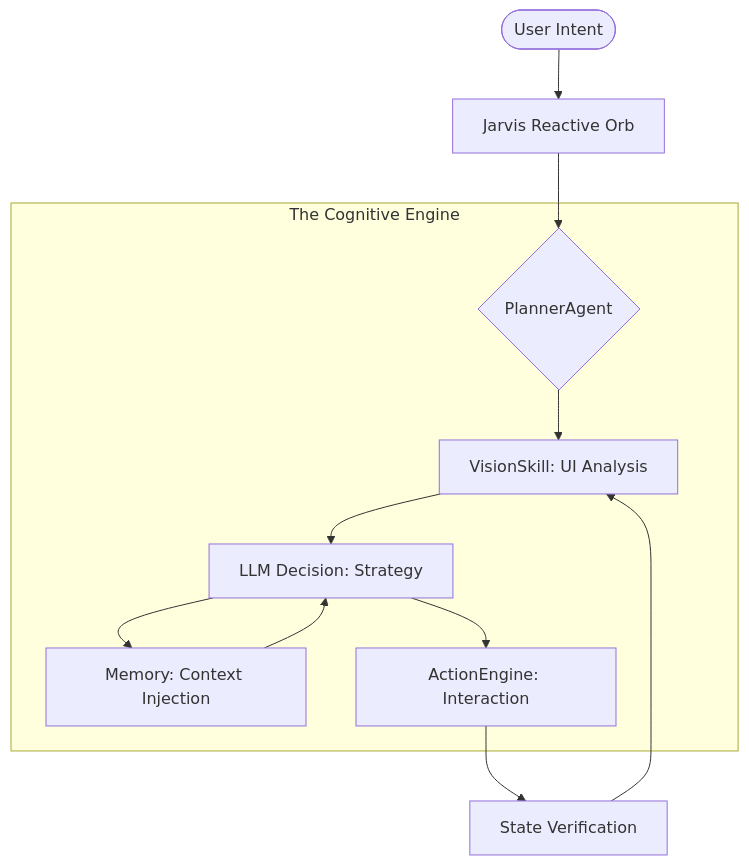
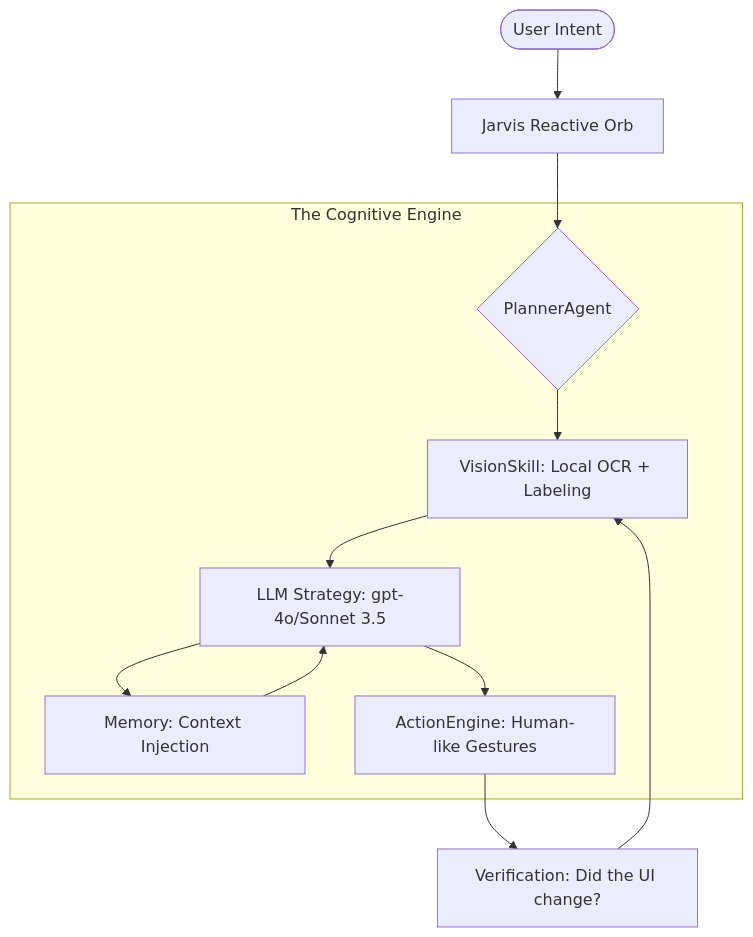
Before and after one commit to patil-shubham-dev/Jarvis-Ai: the diagram in README.md, drawn with Mermaid. The commit also changed other lines of this file and 19 other files, not shown here.

Commit message:
feat: upgrade to Sentinel V4.1 with local vision (MobileNet V3) and optimized accessibility loops

````diff
--- a/README.md
+++ b/README.md
@@ -69,16 +29,16 @@
 ```mermaid
 graph TD
     User([User Intent]) --> Orb[Jarvis Reactive Orb]
     Orb --> Planner{PlannerAgent}
     
     subgraph "The Cognitive Engine"
-        Planner --> Observe[VisionSkill: UI Analysis]
-        Observe --> Think[LLM Decision: Strategy]
+        Planner --> Observe[VisionSkill: Local OCR + Labeling]
+        Observe --> Think[LLM Strategy: gpt-4o/Sonnet 3.5]
         Think --> Memory[Memory: Context Injection]
         Memory --> Think
-        Think --> Act[ActionEngine: Interaction]
+        Think --> Act[ActionEngine: Human-like Gestures]
     end
     
-    Act --> Feedback[State Verification]
+    Act --> Feedback[Verification: Did the UI change?]
     Feedback --> Observe
 ```
````
